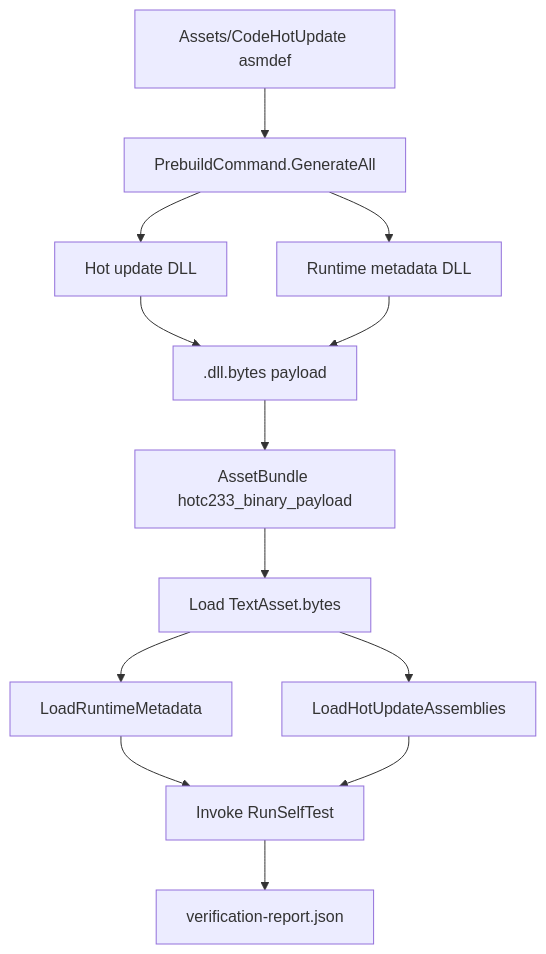
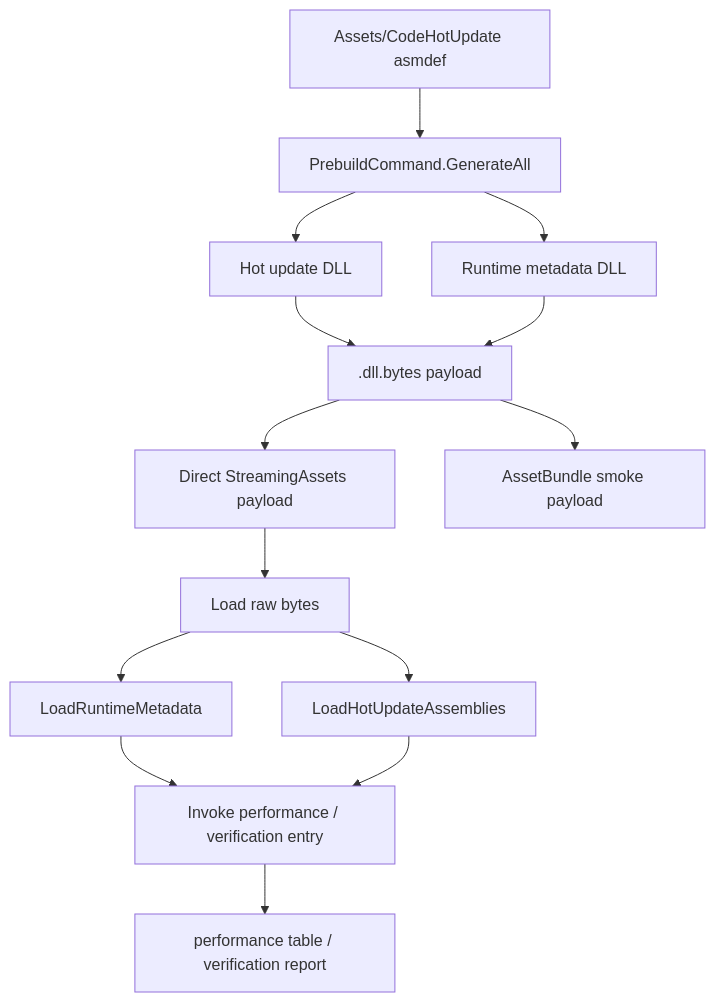
One commit to neko233-com/hotc233-unity changed the diagram in Documentation~/architecture.md. Above: the diagram before and after it, drawn with Mermaid. The commit also changed other lines of this file and 19 other files, not shown here.

````diff
--- a/Documentation~/architecture.md
+++ b/Documentation~/architecture.md
@@ -223,15 +234,16 @@
 ```mermaid
 flowchart TD
     A["Assets/CodeHotUpdate asmdef"] --> B["PrebuildCommand.GenerateAll"]
     B --> C["Hot update DLL"]
     B --> D["Runtime metadata DLL"]
     C --> E[".dll.bytes payload"]
     D --> E
-    E --> F["AssetBundle hotc233_binary_payload"]
-    F --> G["Load TextAsset.bytes"]
+    E --> F["Direct StreamingAssets payload"]
+    E --> AB["AssetBundle smoke payload"]
+    F --> G["Load raw bytes"]
     G --> H["LoadRuntimeMetadata"]
     G --> I["LoadHotUpdateAssemblies"]
-    H --> J["Invoke RunSelfTest"]
+    H --> J["Invoke performance / verification entry"]
     I --> J
-    J --> K["verification-report.json"]
+    J --> K["performance table / verification report"]
 ```
````
